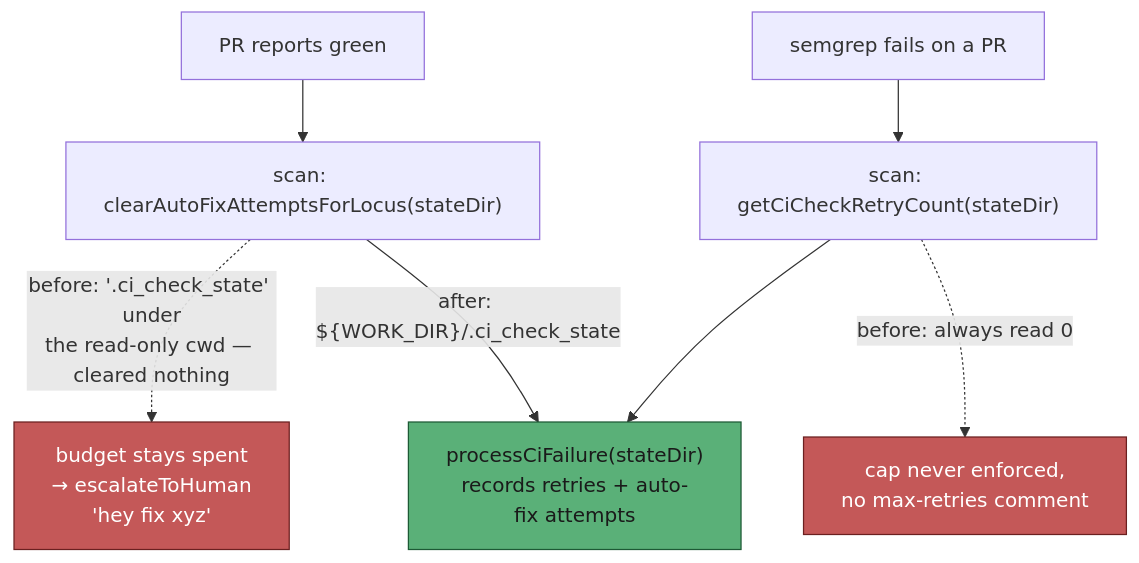
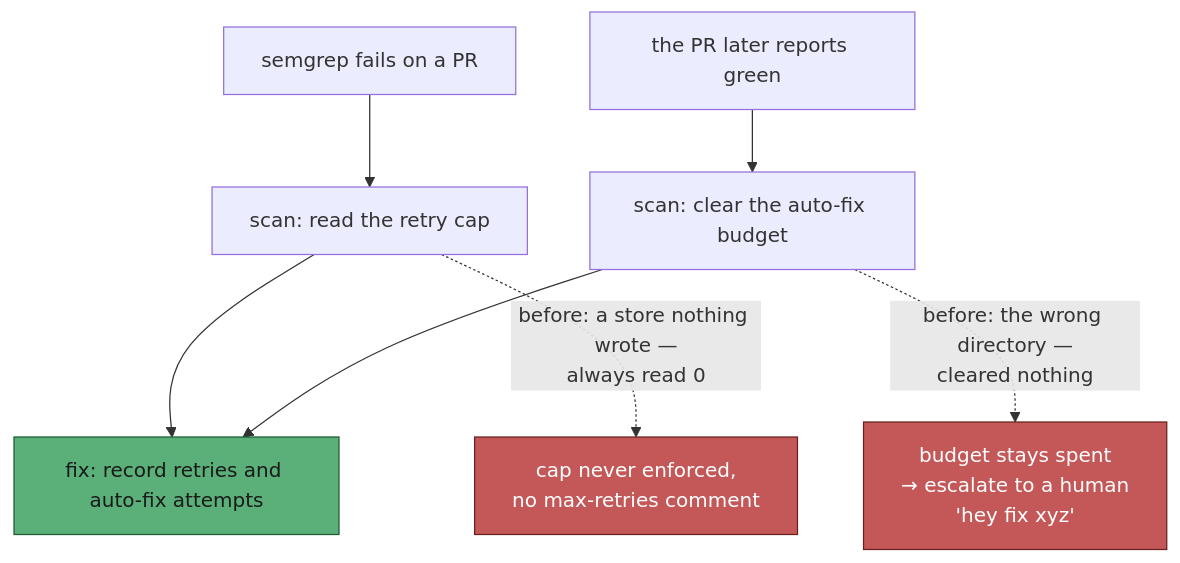
The diagram in docs/archive/pr-summaries/pr-summary-552.md (stSoftwareAU/VibeCoder), drawn with Mermaid before and after one commit. The commit also changed other lines of this file, not shown here.

Commit message:
Simplify the PR summary diagram (Issue #552)
Drop the ${WORK_DIR} interpolation from a Mermaid edge label and state the
split-store contrast directly.

Vibe-Coder-Run-Id: vibe-mtf6a8g8-3911e7

````diff
--- a/docs/archive/pr-summaries/pr-summary-552.md
+++ b/docs/archive/pr-summaries/pr-summary-552.md
@@ -66,12 +66,12 @@
 ```mermaid
 flowchart TD
-    G["PR reports green"] --> C["scan: clearAutoFixAttemptsForLocus(stateDir)"]
-    F["semgrep fails on a PR"] --> S["scan: getCiCheckRetryCount(stateDir)"]
-    S --> P["processCiFailure(stateDir)<br/>records retries + auto-fix attempts"]
-    C -.->|"before: '.ci_check_state' under<br/>the read-only cwd — cleared nothing"| X["budget stays spent<br/>→ escalateToHuman<br/>'hey fix xyz'"]
-    S -.->|"before: always read 0"| Y["cap never enforced,<br/>no max-retries comment"]
-    C -->|"after: ${WORK_DIR}/.ci_check_state"| P
+    F["semgrep fails on a PR"] --> S["scan: read the retry cap"]
+    G["the PR later reports green"] --> C["scan: clear the auto-fix budget"]
+    S --> P["fix: record retries and auto-fix attempts"]
+    C --> P
+    S -.->|"before: a store nothing wrote —<br/>always read 0"| Y["cap never enforced,<br/>no max-retries comment"]
+    C -.->|"before: the wrong directory —<br/>cleared nothing"| X["budget stays spent<br/>→ escalate to a human<br/>'hey fix xyz'"]
     style X fill:#c45858,stroke:#6b2020,color:#fff
     style Y fill:#c45858,stroke:#6b2020,color:#fff
     style P fill:#5ab078,stroke:#1d5a35,color:#1a1a1a
 ```
````
